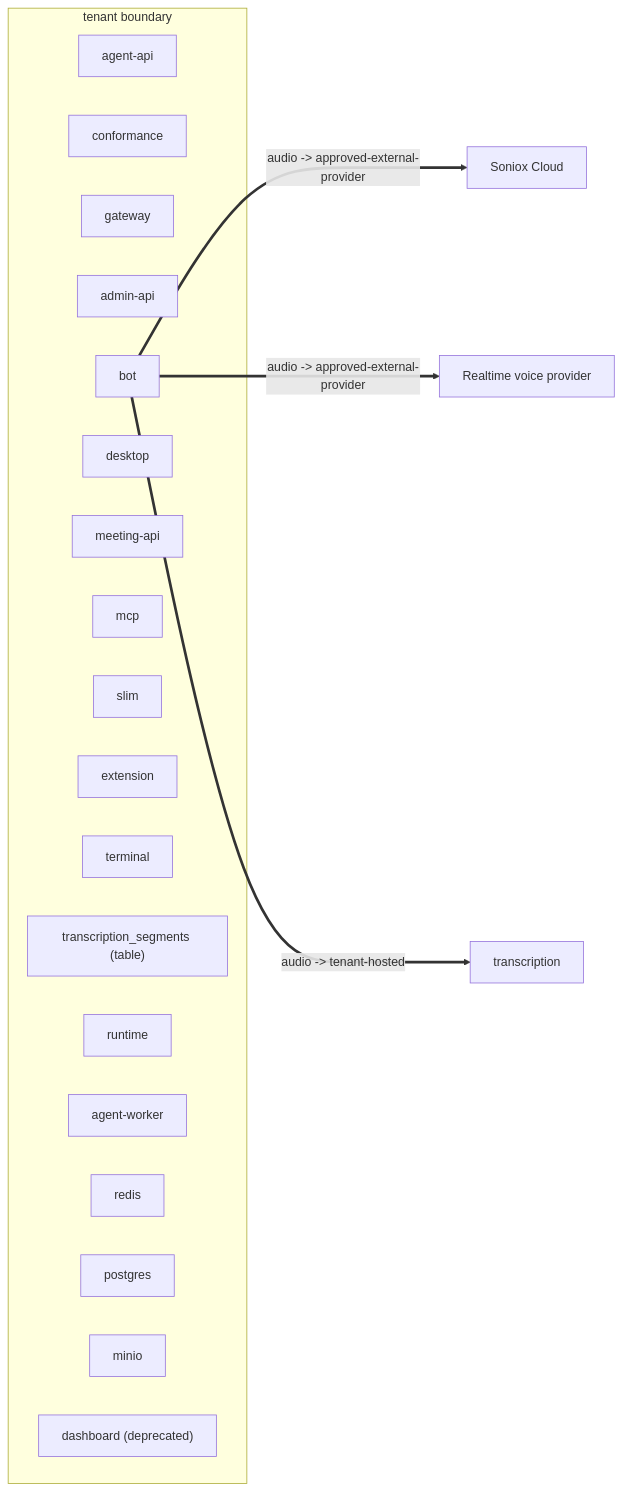
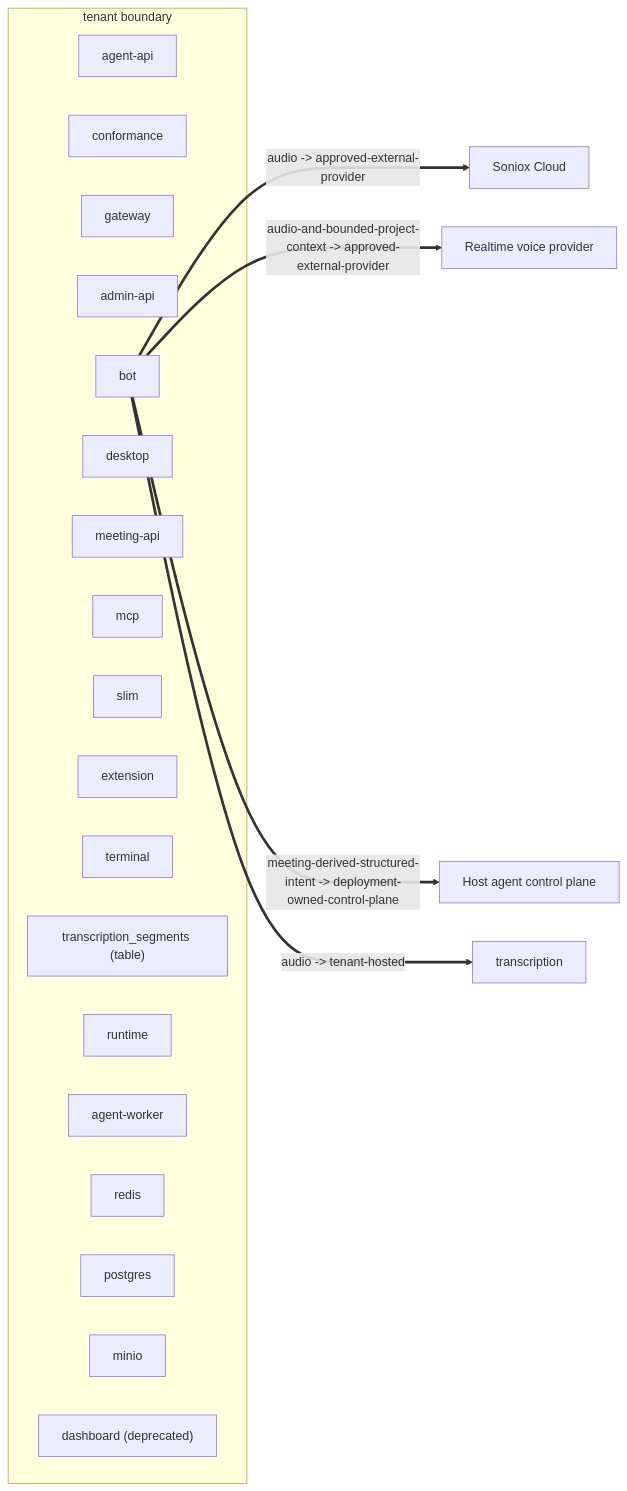
Before and after one commit to wantok-ai/vexa: the diagram in docs/views/egress.mmd, drawn with Mermaid. The commit also changed 10 other files, not shown here.

Commit message:
Add persistent realtime meeting agent tools

```diff
--- a/docs/views/egress.mmd
+++ b/docs/views/egress.mmd
@@ -1,28 +1,30 @@
 %% GENERATED — pnpm arch:dsl --write
 flowchart LR
   subgraph tenant["tenant boundary"]
     agent_api["agent-api"]
     conformance["conformance"]
     gateway["gateway"]
     admin_api["admin-api"]
     bot["bot"]
     desktop["desktop"]
     meeting_api["meeting-api"]
     mcp["mcp"]
     slim["slim"]
     extension["extension"]
     terminal["terminal"]
     segments_table["transcription_segments (table)"]
     runtime["runtime"]
     agent_worker["agent-worker"]
     redis["redis"]
     postgres["postgres"]
     minio["minio"]
     dashboard["dashboard (deprecated)"]
   end
   soniox_cloud["Soniox Cloud"]
   bot ==>|"audio -> approved-external-provider"| soniox_cloud
   realtime_voice_provider["Realtime voice provider"]
-  bot ==>|"audio -> approved-external-provider"| realtime_voice_provider
+  bot ==>|"audio-and-bounded-project-context -> approved-external-provider"| realtime_voice_provider
+  host_agent_control_plane["Host agent control plane"]
+  bot ==>|"meeting-derived-structured-intent -> deployment-owned-control-plane"| host_agent_control_plane
   transcription["transcription"]
   bot ==>|"audio -> tenant-hosted"| transcription
```
